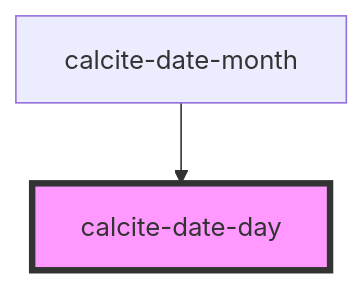
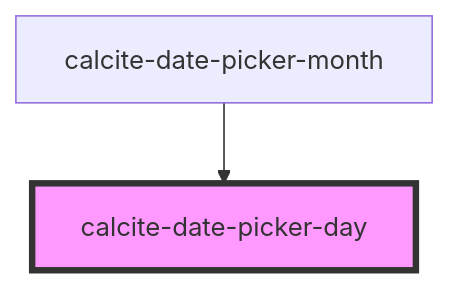
Before and after one commit to Esri/calcite-design-system: the diagram in src/components/calcite-date-picker-day/readme.md, drawn with Mermaid. The commit also changed other lines of this file and 3 other files, not shown here.

````diff
--- a/src/components/calcite-date-picker-day/readme.md
+++ b/src/components/calcite-date-picker-day/readme.md
@@ -30,5 +37,5 @@
 ```mermaid
 graph TD;
-  calcite-date-month --> calcite-date-day
-  style calcite-date-day fill:#f9f,stroke:#333,stroke-width:4px
+  calcite-date-picker-month --> calcite-date-picker-day
+  style calcite-date-picker-day fill:#f9f,stroke:#333,stroke-width:4px
 ```
````
